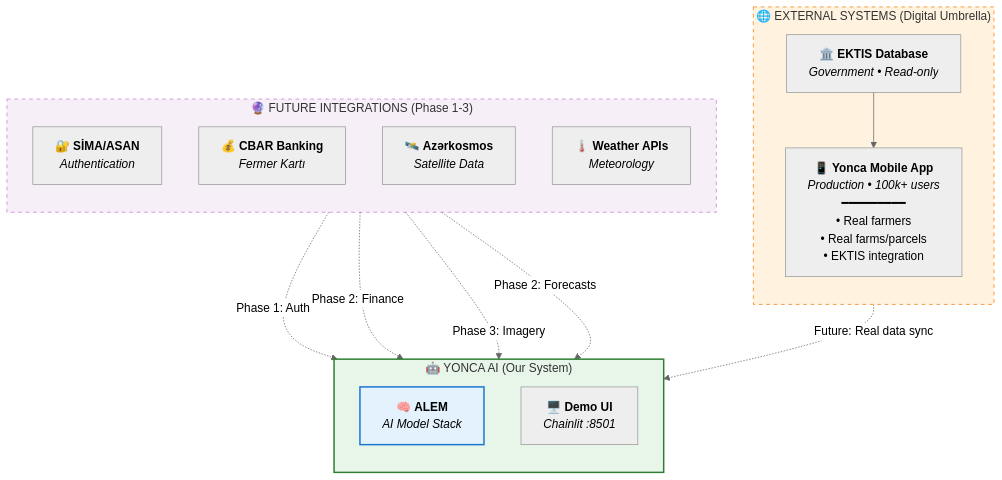
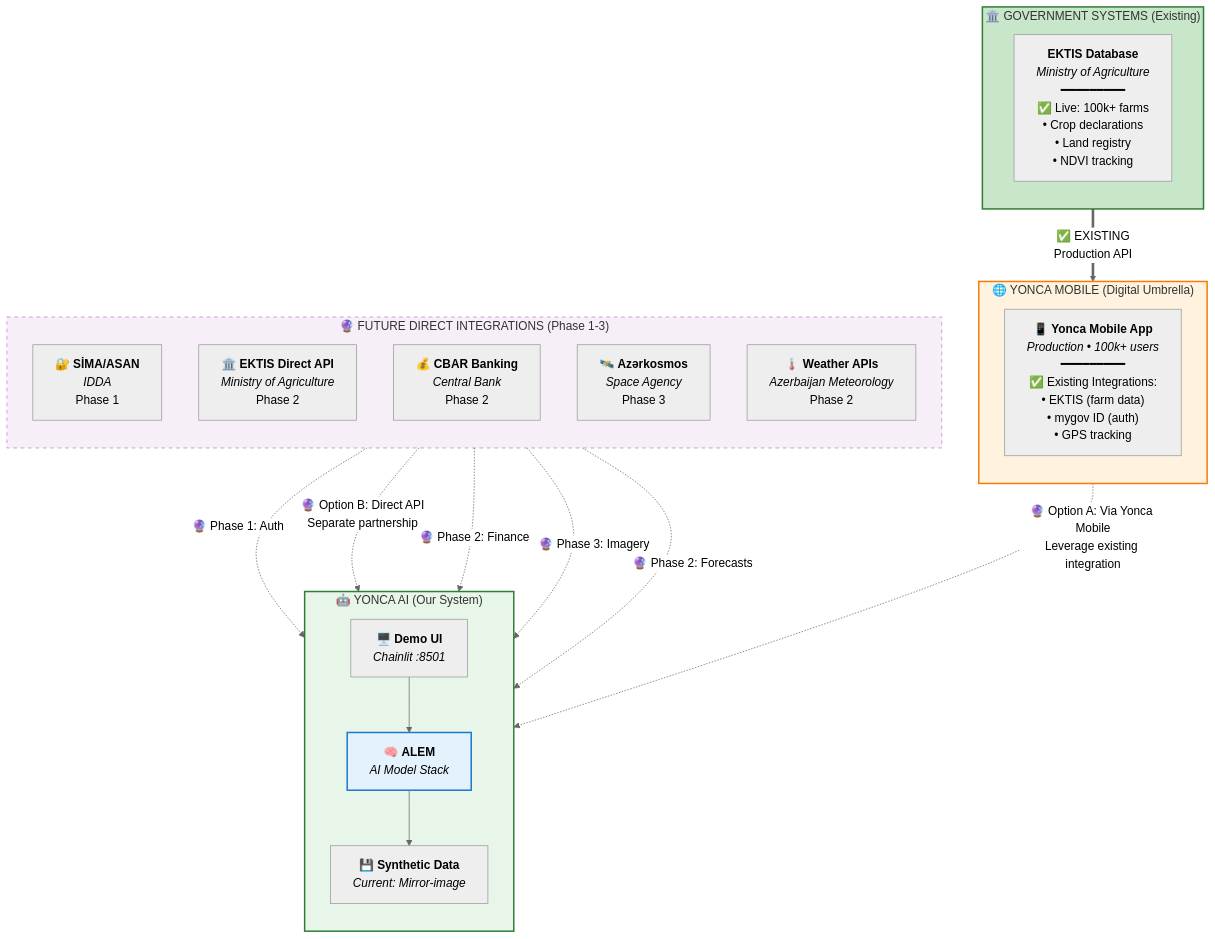
One commit to Px8Studio/yonja changed the first of 7 diagrams in docs/zekalab/03-ARCHITECTURE.md. Above: the diagram before and after it, drawn with Mermaid. The commit also changed other lines of this file and 2 other files, not shown here.

Commit message:
feat: Update architecture and integration roadmap documentation for ALEM, enhancing clarity on existing and future integrations

````diff
--- a/docs/zekalab/03-ARCHITECTURE.md
+++ b/docs/zekalab/03-ARCHITECTURE.md
@@ -11,36 +11,52 @@
 ```mermaid
 %%{init: {'theme': 'neutral'}}%%
 flowchart TB
-    subgraph external["🌐 EXTERNAL SYSTEMS (Digital Umbrella)"]
+    subgraph gov_existing["🏛️ GOVERNMENT SYSTEMS (Existing)"]
         direction TB
-        yonca_mobile["📱 <b>Yonca Mobile App</b><br/><i>Production • 100k+ users</i><br/>━━━━━━━━━<br/>• Real farmers<br/>• Real farms/parcels<br/>• EKTIS integration"]
-        ektis_db["🏛️ <b>EKTIS Database</b><br/><i>Government • Read-only</i>"]
+        ektis_db["<b>EKTIS Database</b><br/><i>Ministry of Agriculture</i><br/>━━━━━━━━━<br/>✅ Live: 100k+ farms<br/>• Crop declarations<br/>• Land registry<br/>• NDVI tracking"]
+    end
+    
+    subgraph external["🌐 YONCA MOBILE (Digital Umbrella)"]
+        direction TB
+        yonca_mobile["📱 <b>Yonca Mobile App</b><br/><i>Production • 100k+ users</i><br/>━━━━━━━━━<br/>✅ Existing Integrations:<br/>• EKTIS (farm data)<br/>• mygov ID (auth)<br/>• GPS tracking"]
     end
 
-    subgraph future_partners["🔮 FUTURE INTEGRATIONS (Phase 1-3)"]
+    subgraph future_partners["🔮 FUTURE DIRECT INTEGRATIONS (Phase 1-3)"]
         direction TB
-        sima["🔐 <b>SİMA/ASAN</b><br/><i>Authentication</i>"]
-        cbar["💰 <b>CBAR Banking</b><br/><i>Fermer Kartı</i>"]
-        azerkosmos["🛰️ <b>Azərkosmos</b><br/><i>Satellite Data</i>"]
-        weather["🌡️ <b>Weather APIs</b><br/><i>Meteorology</i>"]
+        sima["🔐 <b>SİMA/ASAN</b><br/><i>IDDA</i><br/>Phase 1"]
+        ektis_direct["🏛️ <b>EKTIS Direct API</b><br/><i>Ministry of Agriculture</i><br/>Phase 2"]
+        cbar["💰 <b>CBAR Banking</b><br/><i>Central Bank</i><br/>Phase 2"]
+        azerkosmos["🛰️ <b>Azərkosmos</b><br/><i>Space Agency</i><br/>Phase 3"]
+        weather["🌡️ <b>Weather APIs</b><br/><i>Azerbaijan Meteorology</i><br/>Phase 2"]
     end
 
     subgraph our_system["🤖 YONCA AI (Our System)"]
         direction TB
         alem["🧠 <b>ALEM</b><br/><i>AI Model Stack</i>"]
         demo_ui["🖥️ <b>Demo UI</b><br/><i>Chainlit :8501</i>"]
+        synthetic["💾 <b>Synthetic Data</b><br/><i>Current: Mirror-image</i>"]
     end
 
-    yonca_mobile -.->|"Future: Real data sync"| our_system
-    ektis_db --> yonca_mobile
+    %% Existing connections (solid green)
+    ektis_db ==>|"✅ EXISTING<br/>Production API"| yonca_mobile
     
-    sima -.->|"Phase 1: Auth"| our_system
-    cbar -.->|"Phase 2: Finance"| our_system
-    azerkosmos -.->|"Phase 3: Imagery"| our_system
-    weather -.->|"Phase 2: Forecasts"| our_system
+    %% Current ALEM setup (solid)
+    demo_ui --> alem
+    alem --> synthetic
     
-    style external fill:#fff3e0,stroke:#f57c00,stroke-dasharray: 5 5
+    %% Future indirect path (dashed orange)
+    yonca_mobile -.->|"🔮 Option A: Via Yonca Mobile<br/>Leverage existing integration"| our_system
+    
+    %% Future direct paths (dashed purple)
+    sima -.->|"🔮 Phase 1: Auth"| our_system
+    ektis_direct -.->|"🔮 Option B: Direct API<br/>Separate partnership"| our_system
+    cbar -.->|"🔮 Phase 2: Finance"| our_system
+    azerkosmos -.->|"🔮 Phase 3: Imagery"| our_system
+    weather -.->|"🔮 Phase 2: Forecasts"| our_system
+    
+    style gov_existing fill:#c8e6c9,stroke:#2e7d32,stroke-width:2px
+    style external fill:#fff3e0,stroke:#f57c00,stroke-width:2px
     style future_partners fill:#f3e5f5,stroke:#9c27b0,stroke-dasharray: 5 5,opacity:0.6
     style our_system fill:#e8f5e9,stroke:#2e7d32,stroke-width:2px
     style alem fill:#e3f2fd,stroke:#1976d2,stroke-width:2px
 ```
````
